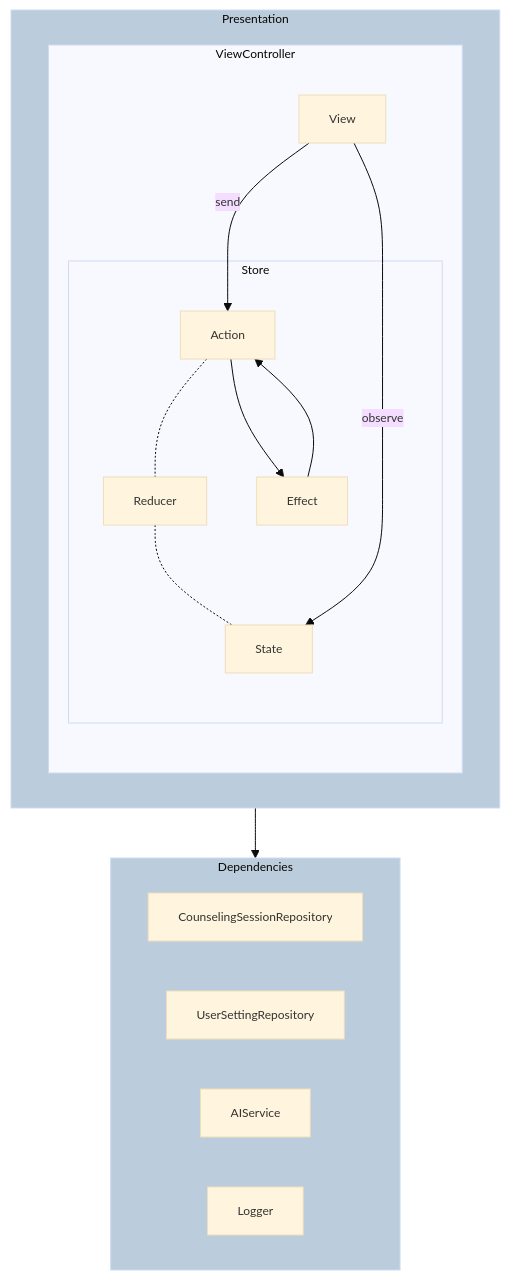
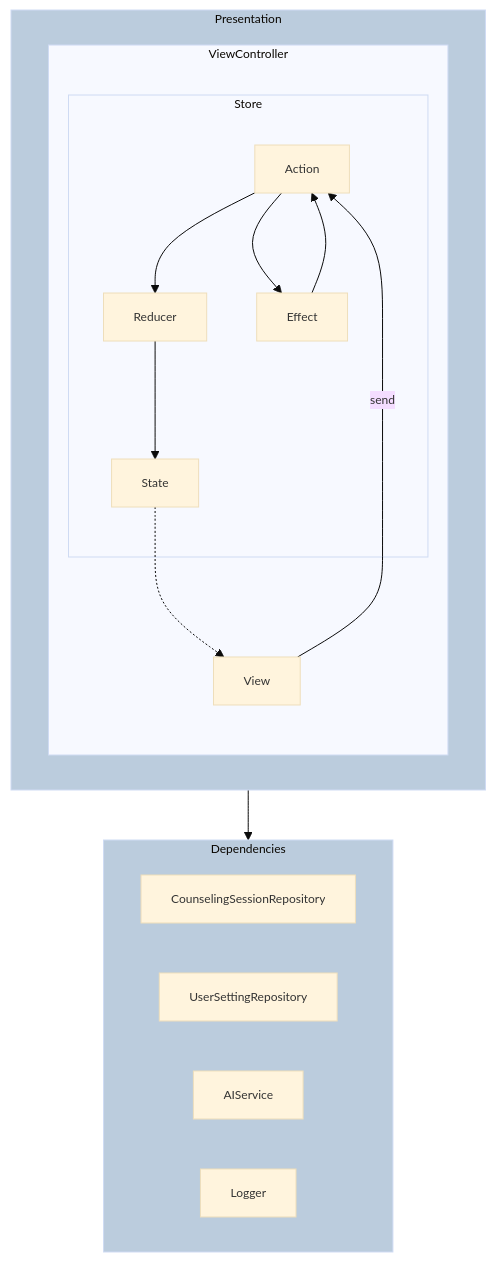
The diagram in README.md (LURKS02/GloomyDiary), drawn with Mermaid before and after one commit.

````diff
--- a/README.md
+++ b/README.md
@@ -62,29 +62,29 @@
 ```mermaid
 %%{init: {"theme": "base", "themeVariables": {"fontSize": "12px", "nodeSpacing": "5"}}}%%
 
 flowchart TD
     subgraph Presentation
     subgraph ViewController
     View -- send --> Action
     subgraph Store
-    Action -.- Reducer
-    Reducer -.- State
+    Action --> Reducer
+    Reducer --> State
     Action --> Effect
     Effect --> Action
     end
-    View -- observe --> State
+    State -.-> View
     end
     end
     style Presentation fill:#bcd
 
     subgraph Dependencies
     
     CounselingSessionRepository
     UserSettingRepository
     AIService
     Logger
     end
 
     Presentation-->Dependencies
     style Dependencies fill:#bcd
 ```
````
